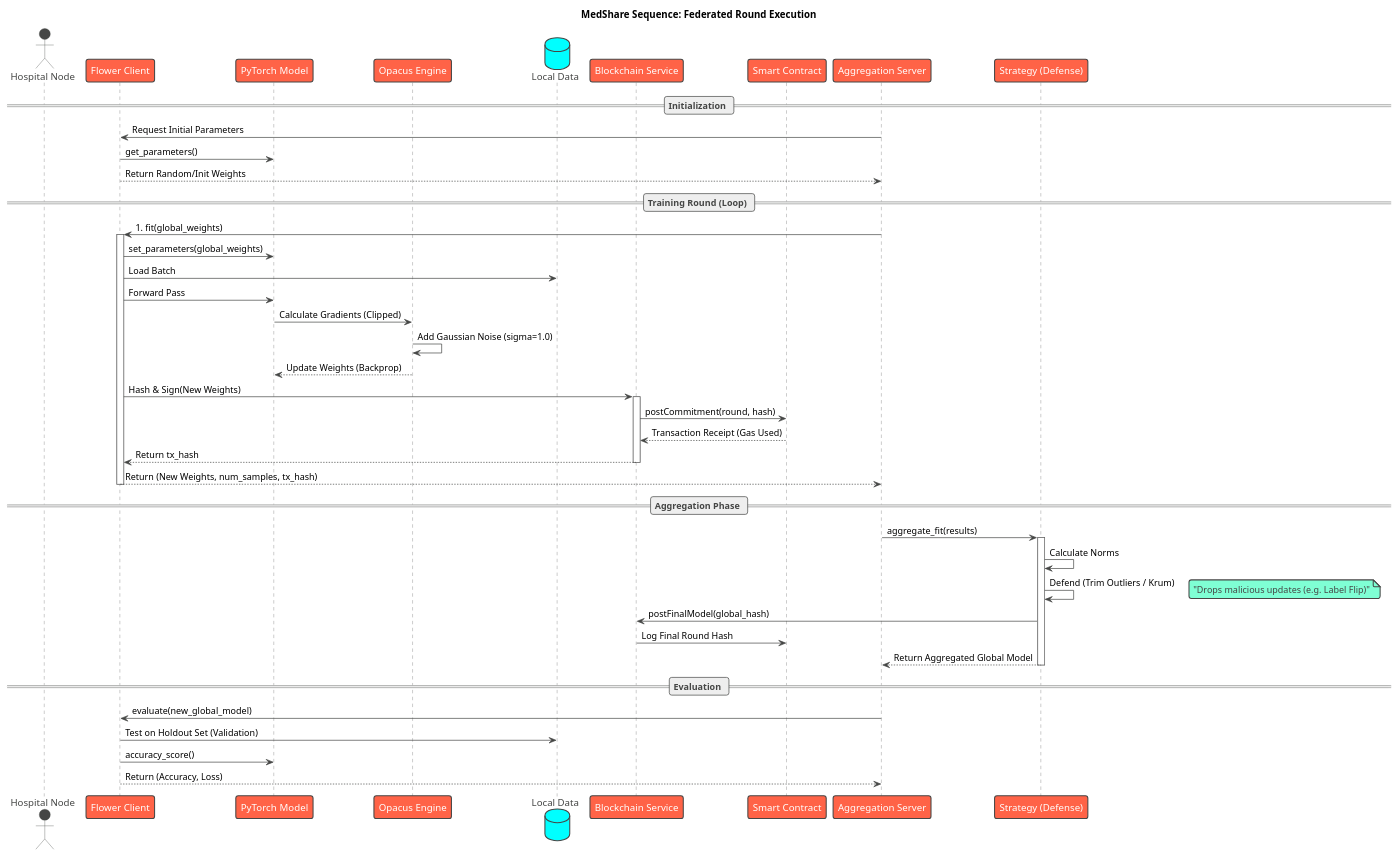
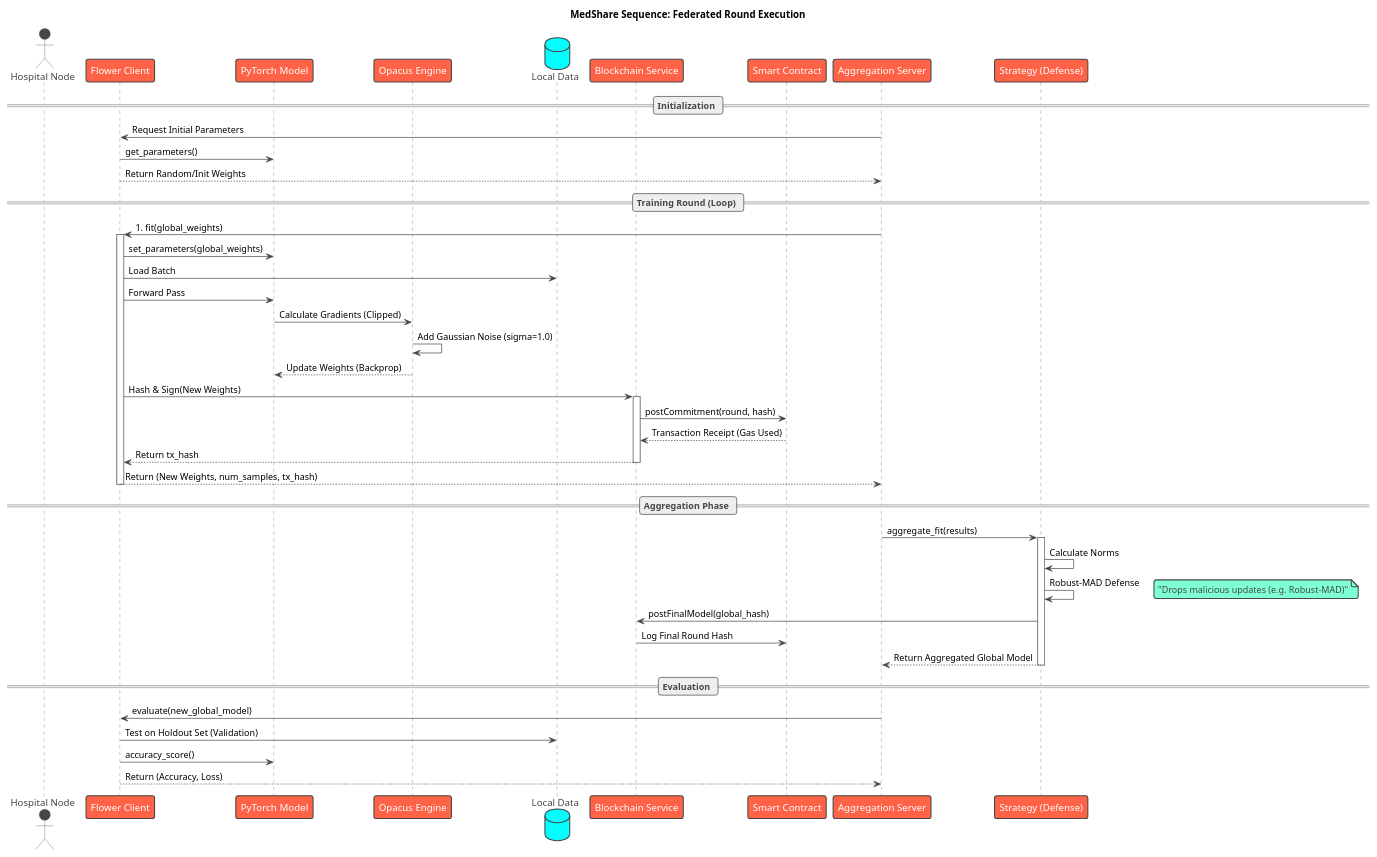
The diagram in docs/architecture/medshare_sequence_diagram.puml (aab1-8/CV), drawn with PlantUML before and after one commit. The commit also changed 140 other files, not shown here.

```diff
--- a/docs/architecture/medshare_sequence_diagram.puml
+++ b/docs/architecture/medshare_sequence_diagram.puml
@@ -1,60 +1,60 @@
 @startuml
 !theme vibrant
 title MedShare Sequence: Federated Round Execution
 
 actor "Hospital Node" as NODE
 participant "Flower Client" as CLIENT
 participant "PyTorch Model" as MODEL
 participant "Opacus Engine" as PRIVACY
 database "Local Data" as DATA
 participant "Blockchain Service" as CHAIN
 participant "Smart Contract" as CONTRACT
 participant "Aggregation Server" as SERVER
 participant "Strategy (Defense)" as STRAT
 
 == Initialization ==
 SERVER -> CLIENT : Request Initial Parameters
 CLIENT -> MODEL : get_parameters()
 CLIENT --> SERVER : Return Random/Init Weights
 
 == Training Round (Loop) ==
 SERVER -> CLIENT : 1. fit(global_weights)
 activate CLIENT
 
 CLIENT -> MODEL : set_parameters(global_weights)
 CLIENT -> DATA : Load Batch
 CLIENT -> MODEL : Forward Pass
 MODEL -> PRIVACY : Calculate Gradients (Clipped)
 PRIVACY -> PRIVACY : Add Gaussian Noise (sigma=1.0)
 PRIVACY --> MODEL : Update Weights (Backprop)
 
 CLIENT -> CHAIN : Hash & Sign(New Weights)
 activate CHAIN
 CHAIN -> CONTRACT : postCommitment(round, hash)
 CONTRACT --> CHAIN : Transaction Receipt (Gas Used)
 CHAIN --> CLIENT : Return tx_hash
 deactivate CHAIN
 
 CLIENT --> SERVER : Return (New Weights, num_samples, tx_hash)
 deactivate CLIENT
 
 == Aggregation Phase ==
 SERVER -> STRAT : aggregate_fit(results)
 activate STRAT
 
 STRAT -> STRAT : Calculate Norms
-STRAT -> STRAT : Defend (Trim Outliers / Krum)
-note right: "Drops malicious updates (e.g. Label Flip)"
+STRAT -> STRAT : Robust-MAD Defense
+note right: "Drops malicious updates (e.g. Robust-MAD)"
 
 STRAT -> CHAIN : postFinalModel(global_hash)
 CHAIN -> CONTRACT : Log Final Round Hash
 STRAT --> SERVER : Return Aggregated Global Model
 deactivate STRAT
 
 == Evaluation ==
 SERVER -> CLIENT : evaluate(new_global_model)
 CLIENT -> DATA : Test on Holdout Set (Validation)
 CLIENT -> MODEL : accuracy_score()
 CLIENT --> SERVER : Return (Accuracy, Loss)
 
 @enduml
```
